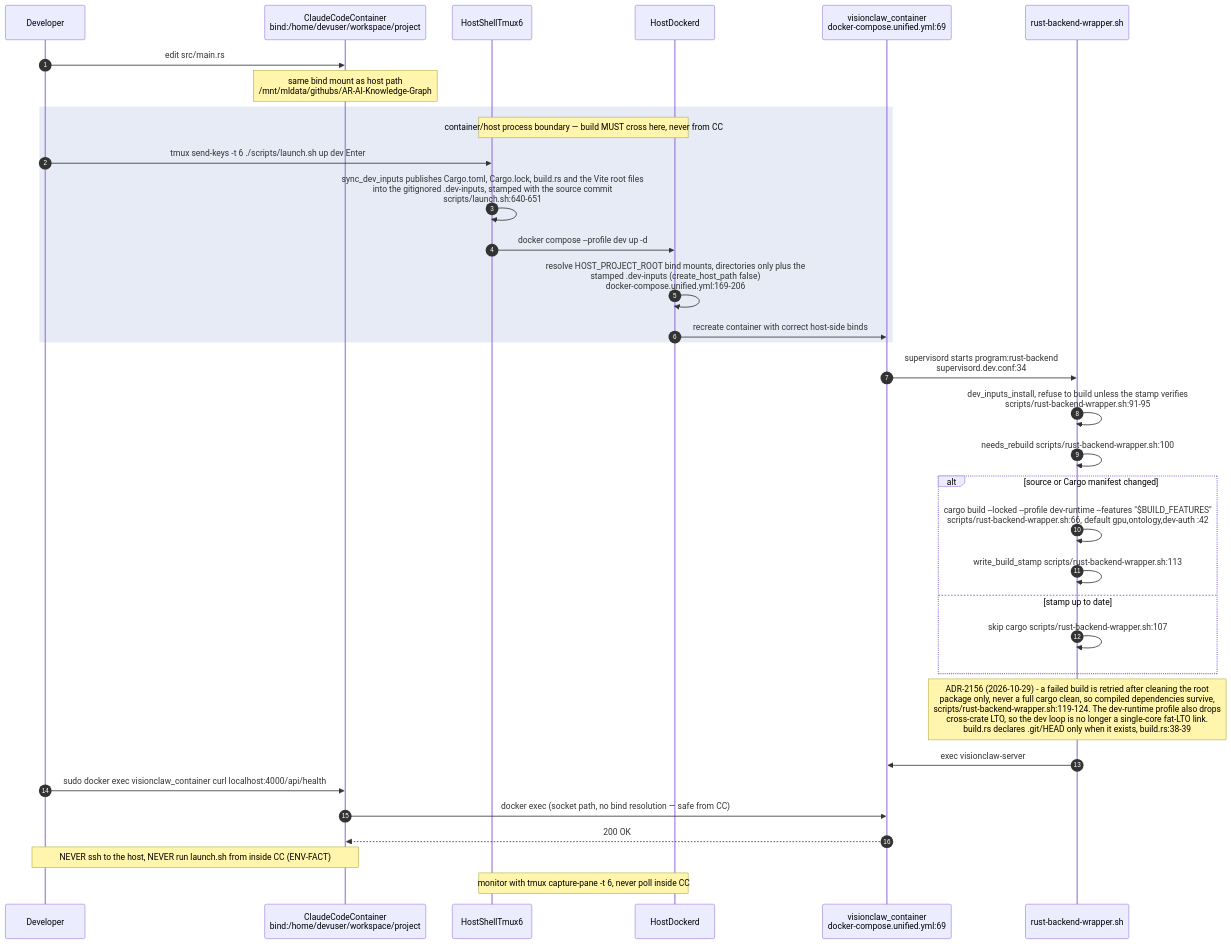
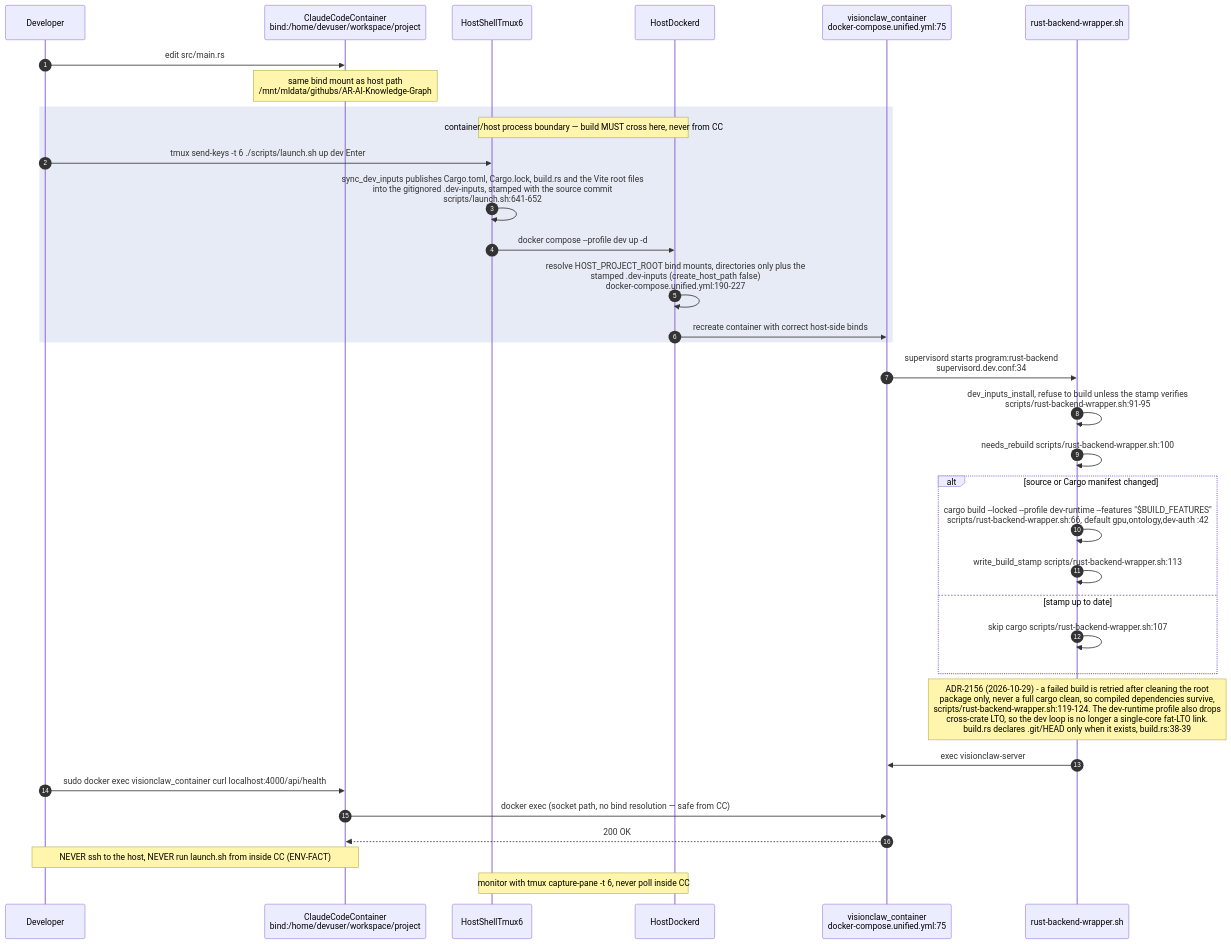
Before and after one commit to DreamLab-AI/VisionFlow: the second of 24 diagrams in docs/diagrams/estate/09-build-deploy-and-ci-estate.md, drawn with Mermaid. The commit also changed other lines of this file and 5 other files, not shown here.

````diff
--- a/docs/diagrams/estate/09-build-deploy-and-ci-estate.md
+++ b/docs/diagrams/estate/09-build-deploy-and-ci-estate.md
@@ -132,37 +132,37 @@
 ```mermaid
 sequenceDiagram
     autonumber
     participant Dev as Developer
     participant CC as ClaudeCodeContainer<br/>bind:/home/devuser/workspace/project
     participant T6 as HostShellTmux6
     participant DD as HostDockerd
-    participant DC as visionclaw_container<br/>docker-compose.unified.yml:69
+    participant DC as visionclaw_container<br/>docker-compose.unified.yml:75
     participant W as rust-backend-wrapper.sh
 
     Dev->>CC: edit src/main.rs
     Note over CC: same bind mount as host path<br/>/mnt/mldata/githubs/AR-AI-Knowledge-Graph
     rect rgb(230,235,245)
     Note over T6,DD: container/host process boundary — build MUST cross here, never from CC
     Dev->>T6: tmux send-keys -t 6 ./scripts/launch.sh up dev Enter
-    T6->>T6: sync_dev_inputs publishes Cargo.toml, Cargo.lock, build.rs and the Vite root files<br/>into the gitignored .dev-inputs, stamped with the source commit<br/>scripts/launch.sh:640-651
+    T6->>T6: sync_dev_inputs publishes Cargo.toml, Cargo.lock, build.rs and the Vite root files<br/>into the gitignored .dev-inputs, stamped with the source commit<br/>scripts/launch.sh:641-652
     T6->>DD: docker compose --profile dev up -d
-    DD->>DD: resolve HOST_PROJECT_ROOT bind mounts, directories only plus the<br/>stamped .dev-inputs (create_host_path false)<br/>docker-compose.unified.yml:169-206
+    DD->>DD: resolve HOST_PROJECT_ROOT bind mounts, directories only plus the<br/>stamped .dev-inputs (create_host_path false)<br/>docker-compose.unified.yml:190-227
     DD->>DC: recreate container with correct host-side binds
     end
     DC->>W: supervisord starts program:rust-backend<br/>supervisord.dev.conf:34
     W->>W: dev_inputs_install, refuse to build unless the stamp verifies<br/>scripts/rust-backend-wrapper.sh:91-95
     W->>W: needs_rebuild scripts/rust-backend-wrapper.sh:100
     alt source or Cargo manifest changed
         W->>W: cargo build --locked --profile dev-runtime --features "$BUILD_FEATURES"<br/>scripts/rust-backend-wrapper.sh:66, default gpu,ontology,dev-auth :42
         W->>W: write_build_stamp scripts/rust-backend-wrapper.sh:113
     else stamp up to date
         W->>W: skip cargo scripts/rust-backend-wrapper.sh:107
     end
     Note over W: ADR-2156 (2026-10-29) - a failed build is retried after cleaning the root<br/>package only, never a full cargo clean, so compiled dependencies survive,<br/>scripts/rust-backend-wrapper.sh:119-124. The dev-runtime profile also drops<br/>cross-crate LTO, so the dev loop is no longer a single-core fat-LTO link.<br/>build.rs declares .git/HEAD only when it exists, build.rs:38-39
     W->>DC: exec visionclaw-server
     Dev->>CC: sudo docker exec visionclaw_container curl localhost:4000/api/health
     CC->>DC: docker exec (socket path, no bind resolution — safe from CC)
     DC-->>CC: 200 OK
     Note over Dev,CC: NEVER ssh to the host, NEVER run launch.sh from inside CC (ENV-FACT)
     Note over T6,DD: monitor with tmux capture-pane -t 6, never poll inside CC
 ```
````
